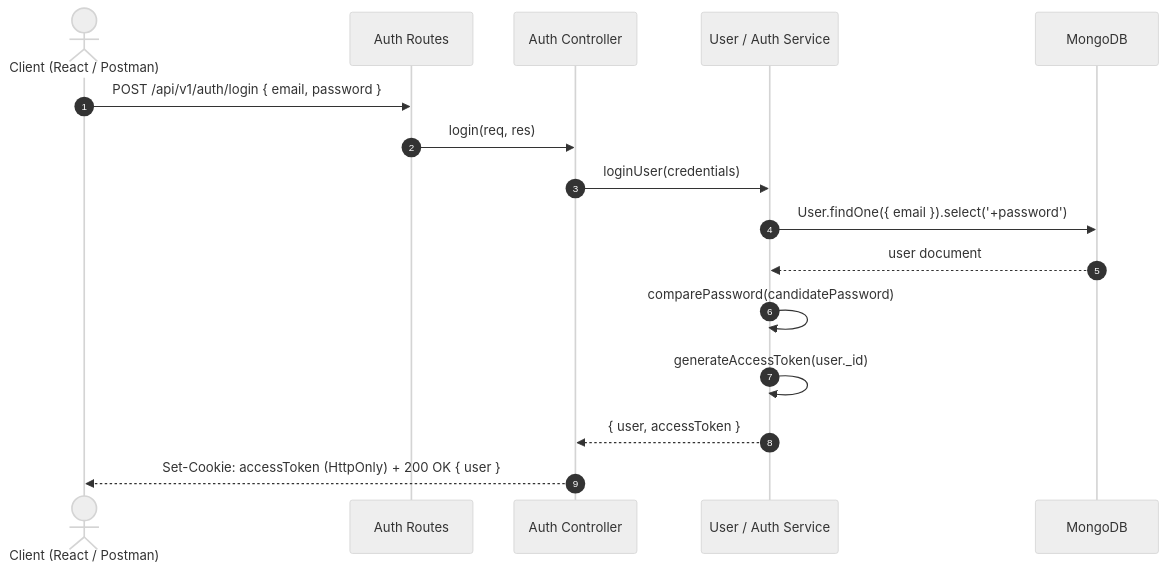
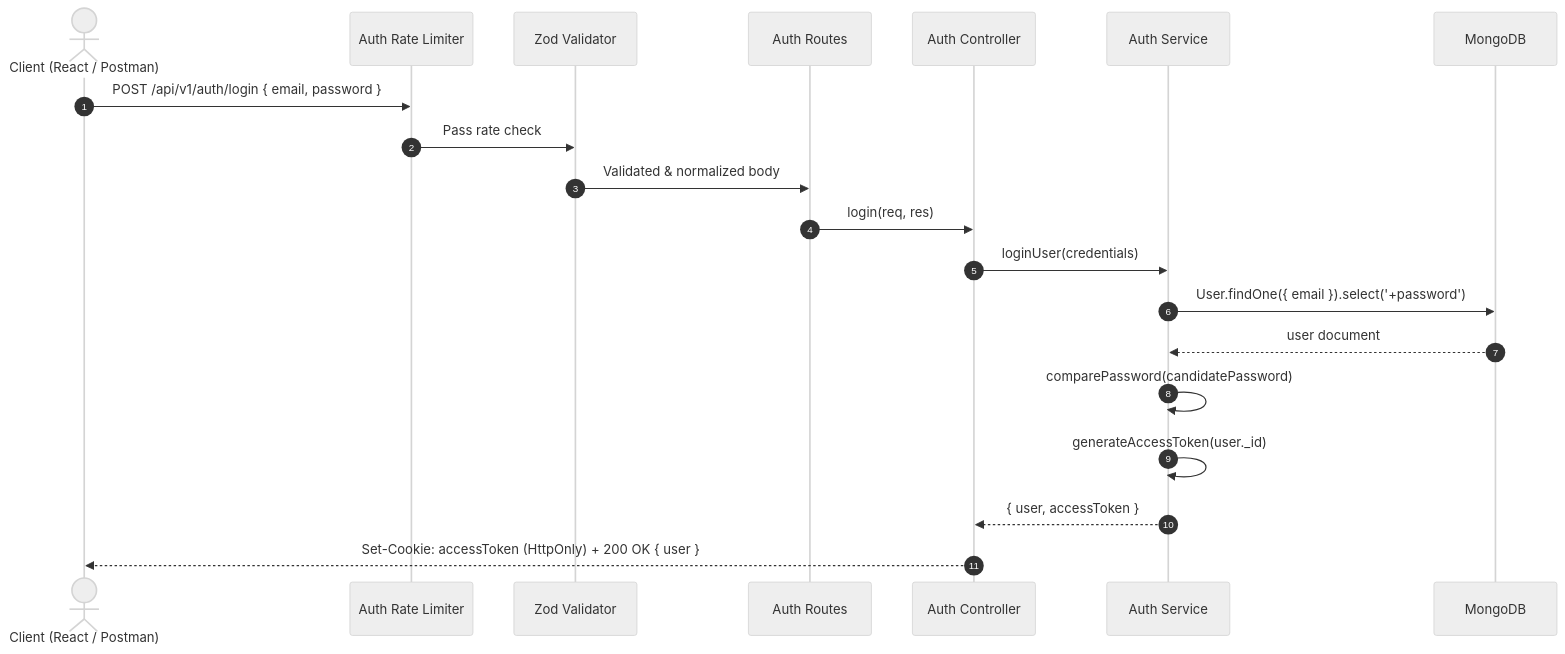
The diagram in README.md (SourabhPawar189/SmartHostel-), drawn with Mermaid (neutral theme) before and after one commit. The commit also changed other lines of this file and 7 other files, not shown here.

Commit message:
feat(auth): add Zod request validation, dedicated auth rate limiters, and update documentation

````diff
--- a/README.md
+++ b/README.md
@@ -367,19 +431,23 @@
 ```mermaid
 sequenceDiagram
     autonumber
     actor Client as Client (React / Postman)
+    participant Limiter as Auth Rate Limiter
+    participant Validator as Zod Validator
     participant AuthRouter as Auth Routes
     participant AuthCtrl as Auth Controller
-    participant AuthService as User / Auth Service
+    participant AuthService as Auth Service
     participant DB as MongoDB
     
-    Client->>AuthRouter: POST /api/v1/auth/login { email, password }
+    Client->>Limiter: POST /api/v1/auth/login { email, password }
+    Limiter->>Validator: Pass rate check
+    Validator->>AuthRouter: Validated & normalized body
     AuthRouter->>AuthCtrl: login(req, res)
     AuthCtrl->>AuthService: loginUser(credentials)
     AuthService->>DB: User.findOne({ email }).select('+password')
     DB-->>AuthService: user document
     AuthService->>AuthService: comparePassword(candidatePassword)
     AuthService->>AuthService: generateAccessToken(user._id)
     AuthService-->>AuthCtrl: { user, accessToken }
     AuthCtrl-->>Client: Set-Cookie: accessToken (HttpOnly) + 200 OK { user }
 ```
````
